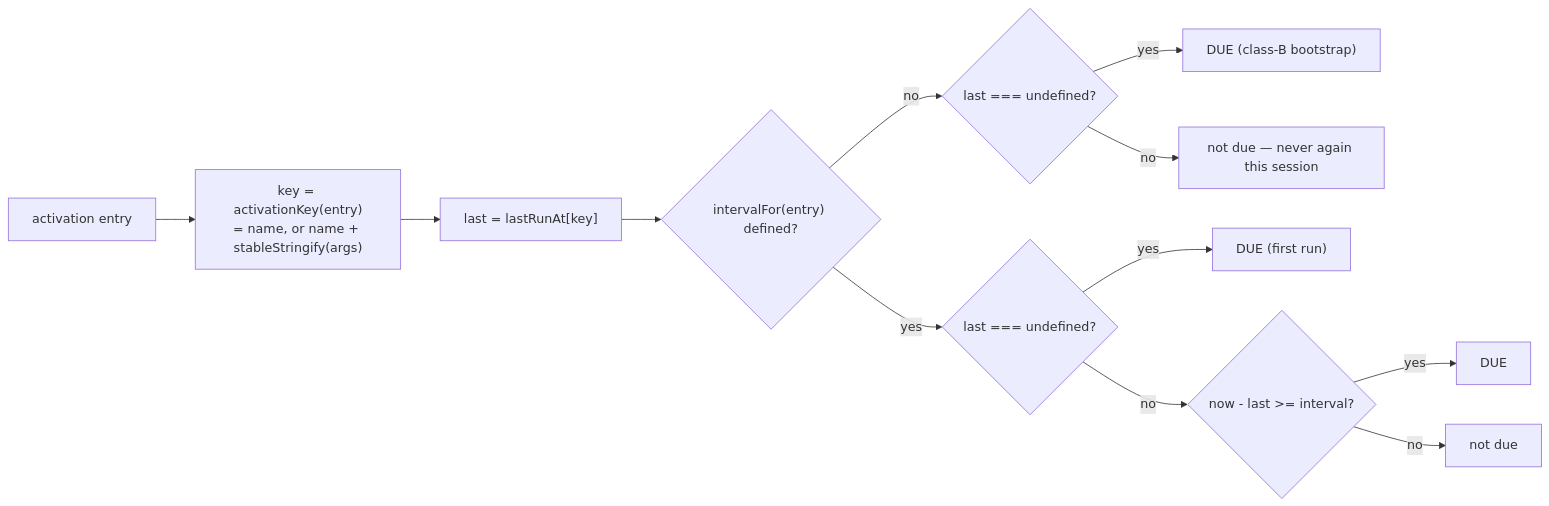
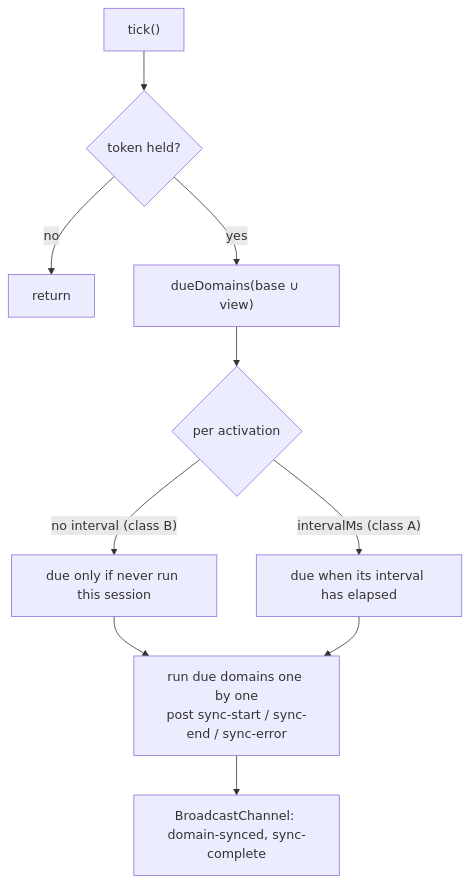
Before and after one commit to hotwax/accxui: the fifth of 9 diagrams in docs/APP_DB_SYNC_FLOWS.md, drawn with Mermaid. The commit also changed other lines of this file and 2 other files, not shown here.

Commit message:
Improved: Rewrote the app database docs as short, diagram-led guides for a generic APP.

````diff
--- a/docs/APP_DB_SYNC_FLOWS.md
+++ b/docs/APP_DB_SYNC_FLOWS.md
@@ -474,14 +160,11 @@
 ```mermaid
-flowchart LR
-    A["activation entry"] --> K["key = activationKey(entry)<br/>= name, or name + stableStringify(args)"]
-    K --> L["last = lastRunAt[key]"]
-    L --> I{"intervalFor(entry) defined?"}
-    I -- no --> N{"last === undefined?"}
-    N -- yes --> DUE1["DUE (class-B bootstrap)"]
-    N -- no --> ND1["not due — never again this session"]
-    I -- yes --> Y{"last === undefined?"}
-    Y -- yes --> DUE2["DUE (first run)"]
-    Y -- no --> C{"now - last >= interval?"}
-    C -- yes --> DUE3["DUE"]
-    C -- no --> ND2["not due"]
+flowchart TD
+    T["tick()"] --> TK{"token held?"}
+    TK -- no --> X["return"]
+    TK -- yes --> D["dueDomains(base ∪ view)"]
+    D --> R{"per activation"}
+    R -- "no interval (class B)" --> B1["due only if never run this session"]
+    R -- "intervalMs (class A)" --> B2["due when its interval has elapsed"]
+    B1 & B2 --> RUN["run due domains one by one<br/>post sync-start / sync-end / sync-error"]
+    RUN --> BC["BroadcastChannel: domain-synced, sync-complete"]
 ```
````
